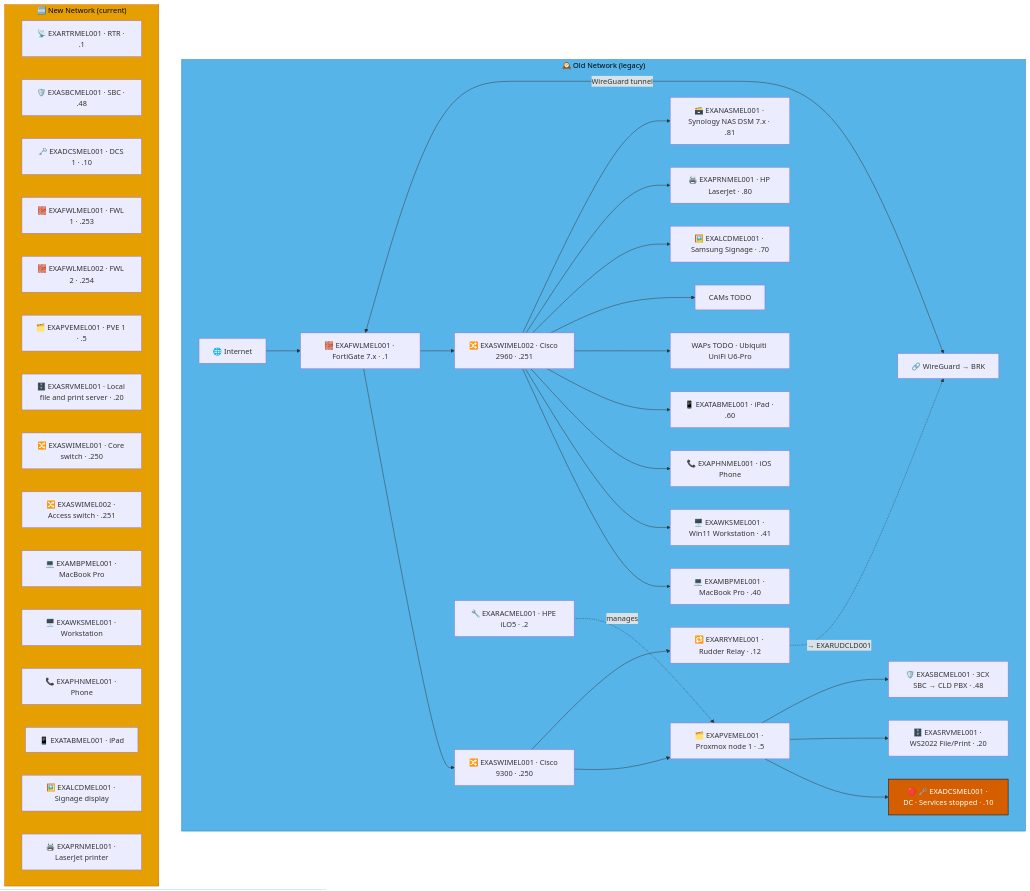
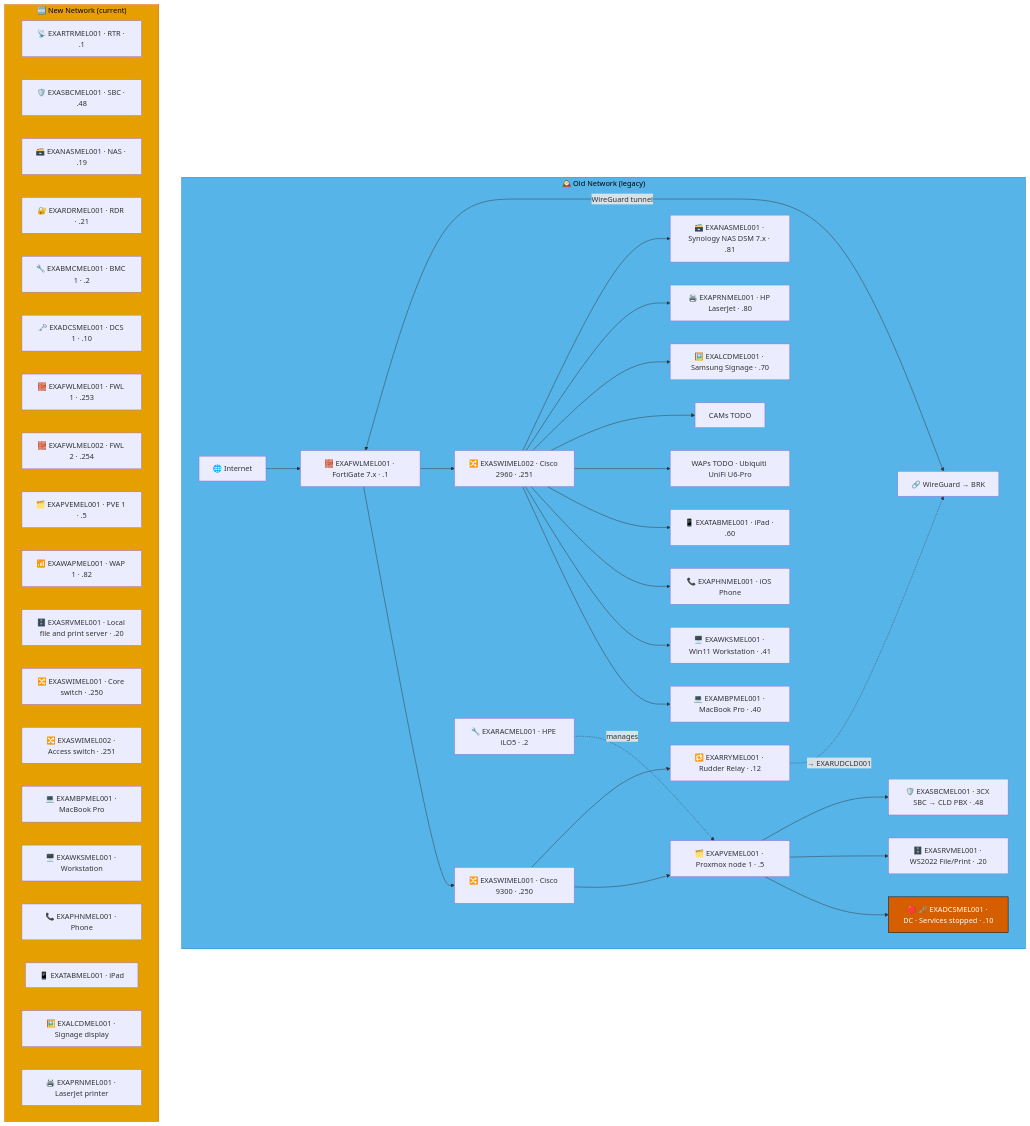
Before and after one commit to knightmare2600/example_music_infra: the second of 2 diagrams in docs/network-diagram/australia.md, drawn with Mermaid. The commit also changed other lines of this file and 15 other files, not shown here.

````diff
--- a/docs/network-diagram/australia.md
+++ b/docs/network-diagram/australia.md
@@ -89,58 +93,62 @@
 ```mermaid
 graph TD
     subgraph OLD_MEL ["🕰️ Old Network (legacy)"]
       INET["🌐 Internet"]
       FWL["🧱 EXAFWLMEL001 · FortiGate 7.x · .1"]
       SW1["🔀 EXASWIMEL001 · Cisco 9300 · .250"]
       SW2["🔀 EXASWIMEL002 · Cisco 2960 · .251"]
       RAC["🔧 EXARACMEL001 · HPE iLO5 · .2"]
       PVE["🗂️ EXAPVEMEL001 · Proxmox node 1 · .5"]
       DC["🔴 🗝️ EXADCSMEL001 · DC · Services stopped · .10"]
       SRV["🗄️ EXASRVMEL001 · WS2022 File/Print · .20"]
       SBC["🛡️ EXASBCMEL001 · 3CX SBC → CLD PBX · .48"]
       RRY["🔁 EXARRYMEL001 · Rudder Relay · .12"]
       MBP["💻 EXAMBPMEL001 · MacBook Pro · .40"]
       WKS["🖥️ EXAWKSMEL001 · Win11 Workstation · .41"]
       PHN["📞 EXAPHNMEL001 · iOS Phone"]
       TAB["📱 EXATABMEL001 · iPad · .60"]
       WAP["WAPs TODO · Ubiquiti UniFi U6-Pro"]
       CAM["CAMs TODO"]
       LCD["🖼️ EXALCDMEL001 · Samsung Signage · .70"]
       PRN["🖨️ EXAPRNMEL001 · HP LaserJet · .80"]
       NAS["🗃️ EXANASMEL001 · Synology NAS DSM 7.x · .81"]
       VPN["🔗 WireGuard → BRK"]
 
       INET --> FWL --> SW1 & SW2
       SW1 --> PVE --> DC & SRV & SBC
       RAC -.->|"manages"| PVE
       SW2 --> MBP & WKS & PHN & TAB & WAP & CAM
       SW2 --> LCD & PRN & NAS
       FWL <-->|"WireGuard tunnel"| VPN
 
       SW1 --> RRY
       RRY -. "→ EXARUDCLD001" .-> VPN
     end
     style OLD_MEL fill:#56B4E9,stroke:#0072B2,color:#000000
     %% GENERATED:NEW-NETWORK:MEL:START
     subgraph NEW_MEL ["🆕 New Network (current)"]
       N_RTR["📡 EXARTRMEL001 · RTR · .1"]
       N_SBC["🛡️ EXASBCMEL001 · SBC · .48"]
+      N_NAS["🗃️ EXANASMEL001 · NAS · .19"]
+      N_RDR["🔐 EXARDRMEL001 · RDR · .21"]
+      N_BMC["🔧 EXABMCMEL001 · BMC 1 · .2"]
       N_DCS["🗝️ EXADCSMEL001 · DCS 1 · .10"]
       N_FWL["🧱 EXAFWLMEL001 · FWL 1 · .253"]
       N_FWL2["🧱 EXAFWLMEL002 · FWL 2 · .254"]
       N_PVE["🗂️ EXAPVEMEL001 · PVE 1 · .5"]
+      N_WAP["📶 EXAWAPMEL001 · WAP 1 · .82"]
       N_SRV["🗄️ EXASRVMEL001 · Local file and print server · .20"]
       N_SWI["🔀 EXASWIMEL001 · Core switch · .250"]
       N_SWI2["🔀 EXASWIMEL002 · Access switch · .251"]
       N_MBP["💻 EXAMBPMEL001 · MacBook Pro"]
       N_WKS["🖥️ EXAWKSMEL001 · Workstation"]
       N_PHN["📞 EXAPHNMEL001 · Phone"]
       N_TAB["📱 EXATABMEL001 · iPad"]
       N_LCD["🖼️ EXALCDMEL001 · Signage display"]
       N_PRN["🖨️ EXAPRNMEL001 · LaserJet printer"]
     end
     style NEW_MEL fill:#E69F00,stroke:#D55E00,color:#000000
     %% GENERATED:NEW-NETWORK:MEL:END
     classDef warn fill:#D55E00,stroke:#000000,color:#ffffff
     class DC warn
 ```
````
